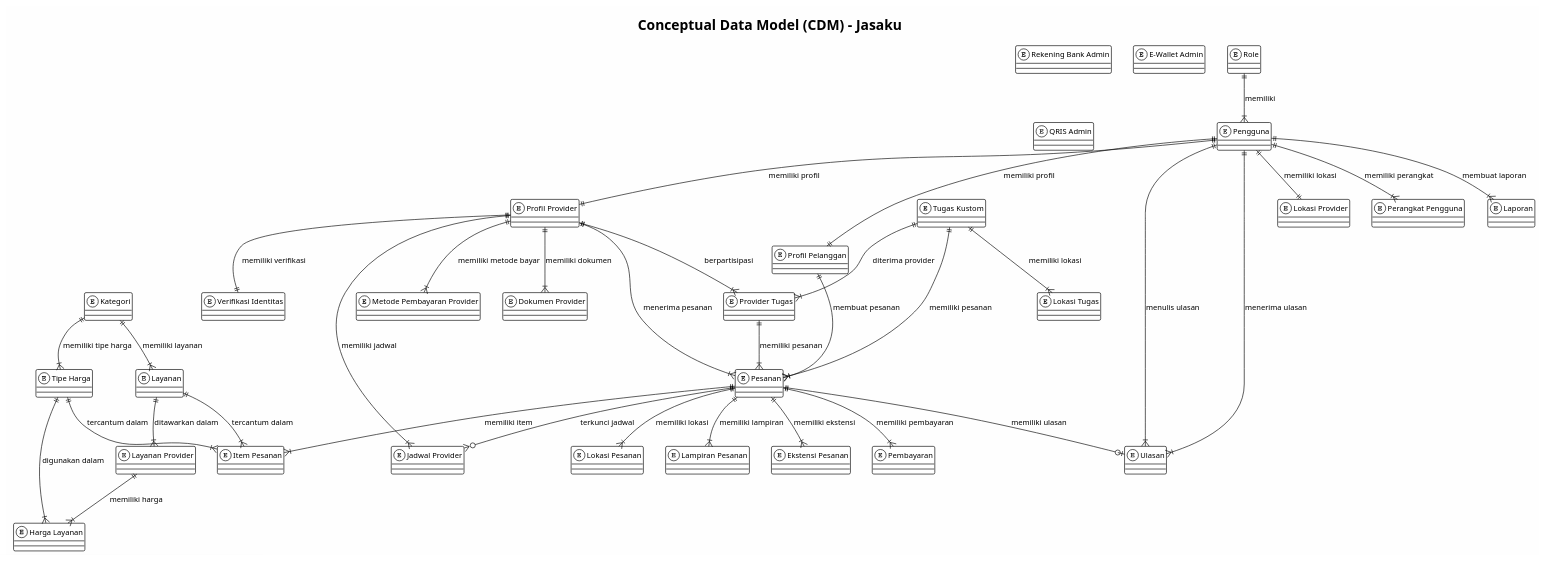
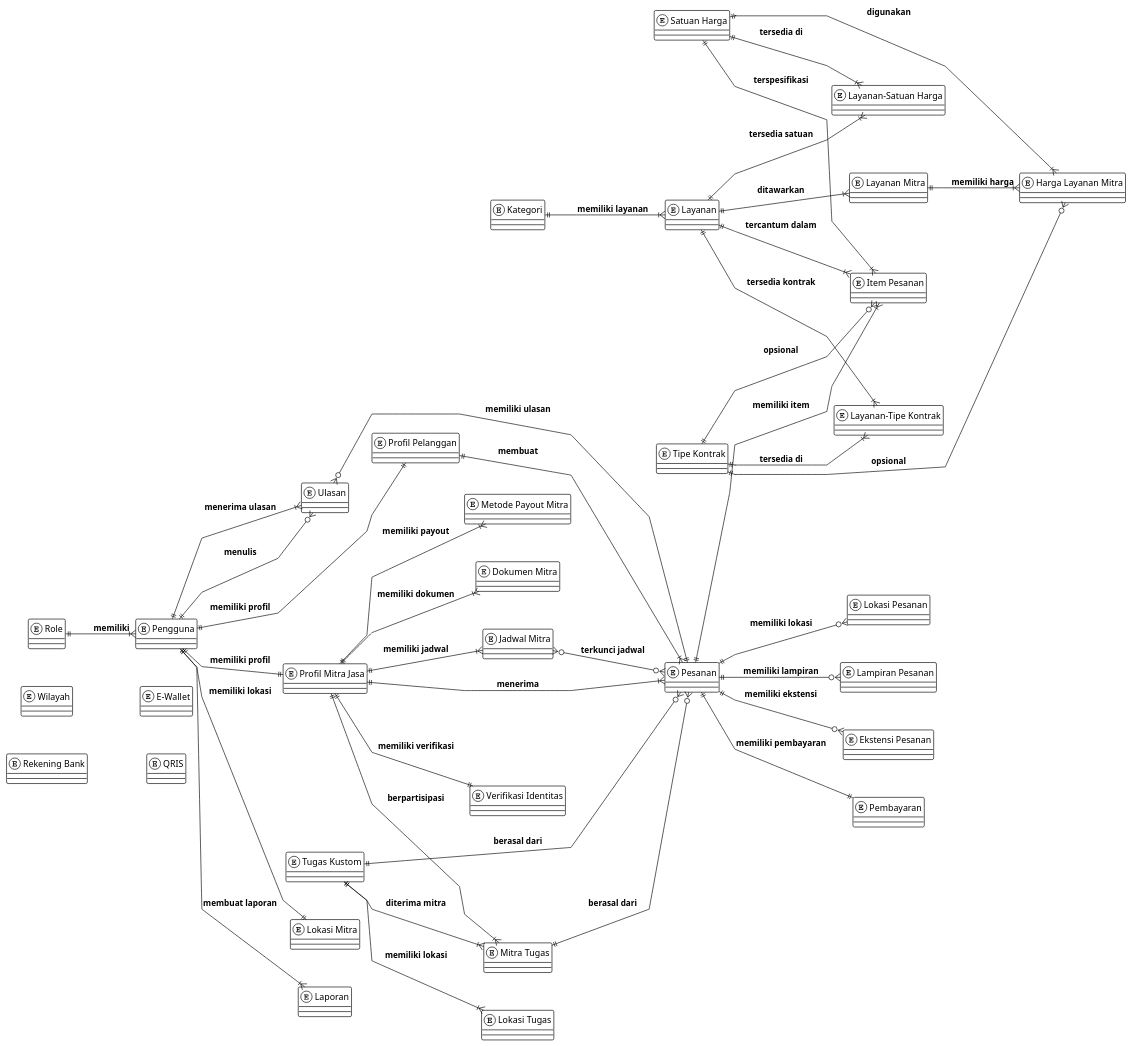
One commit to MuhammadAnurRiski/Project-JasaApp changed the diagram in docs/diagrams/cdm-jasaku.puml. Above: the diagram before and after it, drawn with PlantUML. The commit also changed 11 other files, not shown here.

First line of the commit message:
feat: adaptive order form per pricing unit + filter provider by pricing + mitra order unit label

```diff
--- a/docs/diagrams/cdm-jasaku.puml
+++ b/docs/diagrams/cdm-jasaku.puml
@@ -1,74 +1,101 @@
 @startuml CDM Jasaku
 !theme plain
-title Conceptual Data Model (CDM) - Jasaku
-skinparam backgroundColor #FEFEFE
-skinparam EntityBackgroundColor #E3F2FD
-skinparam EntityBorderColor #1565C0
+left to right direction
+skinparam backgroundColor #FFFFFF
 skinparam defaultFontName Segoe UI
-skinparam defaultFontSize 12
+skinparam defaultFontSize 14
+skinparam EntityFontSize 16
+skinparam EntityFontStyle bold
+skinparam EntityAttributeFontSize 13
+skinparam EntityAttributeFontStyle bold
+skinparam ArrowFontSize 13
+skinparam ArrowFontStyle bold
+skinparam linetype polyline
+skinparam nodesep 60
+skinparam ranksep 15
+skinparam padding 1
+skinparam entitymargin 3
+skinparam EntityBackgroundColor #FFFFFF
+skinparam EntityBorderColor #37474F
+skinparam EntityFontColor #212121
+skinparam EntityHeaderBackgroundColor #455A64
+skinparam EntityAttributeIconSize 0
 
-entity "Role" as role
-entity "Pengguna" as pengguna
-entity "Profil Pelanggan" as profil_pelanggan
-entity "Profil Provider" as profil_provider
-entity "Lokasi Provider" as lokasi_provider
-entity "Dokumen Provider" as dokumen_provider
-entity "Verifikasi Identitas" as verifikasi_identitas
-entity "Metode Pembayaran Provider" as metode_pembayaran
-entity "Perangkat Pengguna" as perangkat_pengguna
-entity "Kategori" as kategori
-entity "Tipe Harga" as tipe_harga
-entity "Layanan" as layanan
-entity "Layanan Provider" as layanan_provider
-entity "Harga Layanan" as harga_layanan
-entity "Pesanan" as pesanan
-entity "Item Pesanan" as item_pesanan
-entity "Lokasi Pesanan" as lokasi_pesanan
-entity "Lampiran Pesanan" as lampiran_pesanan
-entity "Ekstensi Pesanan" as ekstensi_pesanan
-entity "Jadwal Provider" as jadwal_provider
-entity "Pembayaran" as pembayaran
-entity "Tugas Kustom" as tugas_kustom
-entity "Lokasi Tugas" as lokasi_tugas
-entity "Provider Tugas" as provider_tugas
-entity "Ulasan" as ulasan
-entity "Laporan" as laporan
-entity "Rekening Bank Admin" as rekening_bank
-entity "E-Wallet Admin" as ewallet_admin
-entity "QRIS Admin" as qris_admin
+entity "Role" as role { }
+entity "Pengguna" as pengguna { }
+entity "Profil Pelanggan" as profil_pelanggan { }
+entity "Profil Mitra Jasa" as profil_provider { }
+entity "Lokasi Mitra" as lokasi_provider { }
+entity "Dokumen Mitra" as dokumen_provider { }
+entity "Verifikasi Identitas" as verifikasi_identitas { }
+entity "Metode Payout Mitra" as metode_pembayaran { }
+entity "Kategori" as kategori { }
+entity "Layanan" as layanan { }
+entity "Satuan Harga" as satuan_harga { }
+entity "Tipe Kontrak" as tipe_kontrak { }
+entity "Layanan Mitra" as layanan_provider { }
+entity "Harga Layanan Mitra" as harga_layanan { }
+entity "Layanan-Satuan Harga" as layanan_satuan { }
+entity "Layanan-Tipe Kontrak" as layanan_kontrak { }
+entity "Pesanan" as pesanan { }
+entity "Item Pesanan" as item_pesanan { }
+entity "Lokasi Pesanan" as lokasi_pesanan { }
+entity "Lampiran Pesanan" as lampiran_pesanan { }
+entity "Ekstensi Pesanan" as ekstensi_pesanan { }
+entity "Pembayaran" as pembayaran { }
+entity "Jadwal Mitra" as jadwal_provider { }
+entity "Tugas Kustom" as tugas_kustom { }
+entity "Lokasi Tugas" as lokasi_tugas { }
+entity "Mitra Tugas" as provider_tugas { }
+entity "Ulasan" as ulasan { }
+entity "Laporan" as laporan { }
+entity "Wilayah" as wilayah { }
+entity "Rekening Bank" as rekening_bank { }
+entity "E-Wallet" as ewallet_admin { }
+entity "QRIS" as qris_admin { }
 
 role ||--|{ pengguna : "memiliki"
 pengguna ||--|| profil_pelanggan : "memiliki profil"
 pengguna ||--|| profil_provider : "memiliki profil"
 pengguna ||--|| lokasi_provider : "memiliki lokasi"
-pengguna ||--|{ perangkat_pengguna : "memiliki perangkat"
+
 profil_provider ||--|{ dokumen_provider : "memiliki dokumen"
 profil_provider ||--|| verifikasi_identitas : "memiliki verifikasi"
-profil_provider ||--|{ metode_pembayaran : "memiliki metode bayar"
-kategori ||--|{ tipe_harga : "memiliki tipe harga"
+profil_provider ||--|{ metode_pembayaran : "memiliki payout"
+profil_provider ||--|{ jadwal_provider : "memiliki jadwal"
+
 kategori ||--|{ layanan : "memiliki layanan"
-layanan ||--|{ layanan_provider : "ditawarkan dalam"
+layanan ||--|{ layanan_provider : "ditawarkan"
 layanan_provider ||--|{ harga_layanan : "memiliki harga"
-tipe_harga ||--|{ harga_layanan : "digunakan dalam"
-profil_pelanggan ||--|{ pesanan : "membuat pesanan"
-profil_provider ||--|{ pesanan : "menerima pesanan"
-tugas_kustom ||--|{ pesanan : "memiliki pesanan"
-provider_tugas ||--|{ pesanan : "memiliki pesanan"
+satuan_harga ||--|{ harga_layanan : "digunakan"
+tipe_kontrak ||--o{ harga_layanan : "opsional"
+layanan ||--|{ layanan_satuan : "tersedia satuan"
+satuan_harga ||--|{ layanan_satuan : "tersedia di"
+layanan ||--|{ layanan_kontrak : "tersedia kontrak"
+tipe_kontrak ||--|{ layanan_kontrak : "tersedia di"
+
+profil_pelanggan ||--|{ pesanan : "membuat"
+profil_provider ||--|{ pesanan : "menerima"
+tugas_kustom ||--o{ pesanan : "berasal dari"
+provider_tugas ||--o{ pesanan : "berasal dari"
+jadwal_provider }o--o{ pesanan : "terkunci jadwal"
+
 pesanan ||--|{ item_pesanan : "memiliki item"
-pesanan ||--|{ lokasi_pesanan : "memiliki lokasi"
-pesanan ||--|{ lampiran_pesanan : "memiliki lampiran"
-pesanan ||--|{ ekstensi_pesanan : "memiliki ekstensi"
-pesanan ||--|{ pembayaran : "memiliki pembayaran"
+pesanan ||--o{ lokasi_pesanan : "memiliki lokasi"
+pesanan ||--o{ lampiran_pesanan : "memiliki lampiran"
+pesanan ||--o{ ekstensi_pesanan : "memiliki ekstensi"
+pesanan ||--|| pembayaran : "memiliki pembayaran"
 layanan ||--|{ item_pesanan : "tercantum dalam"
-tipe_harga ||--|{ item_pesanan : "tercantum dalam"
-profil_provider ||--|{ jadwal_provider : "memiliki jadwal"
-pesanan ||--o{ jadwal_provider : "terkunci jadwal"
+satuan_harga ||--|{ item_pesanan : "terspesifikasi"
+tipe_kontrak ||--o{ item_pesanan : "opsional"
+
 tugas_kustom ||--|{ lokasi_tugas : "memiliki lokasi"
-tugas_kustom ||--|{ provider_tugas : "diterima provider"
+tugas_kustom ||--|{ provider_tugas : "diterima mitra"
 profil_provider ||--|{ provider_tugas : "berpartisipasi"
-pesanan ||--o| ulasan : "memiliki ulasan"
-pengguna ||--|{ ulasan : "menulis ulasan"
+
+ulasan }o--|| pesanan : "memiliki ulasan"
+ulasan }o--|| pengguna : "menulis"
 pengguna ||--|{ ulasan : "menerima ulasan"
 pengguna ||--|{ laporan : "membuat laporan"
 
 @enduml
```
